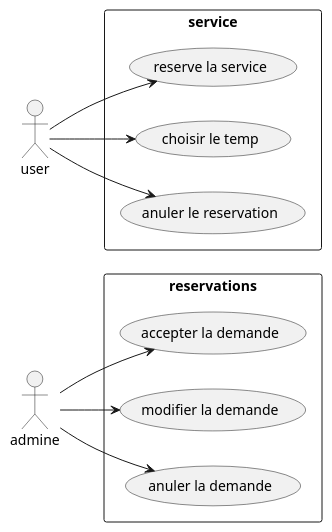
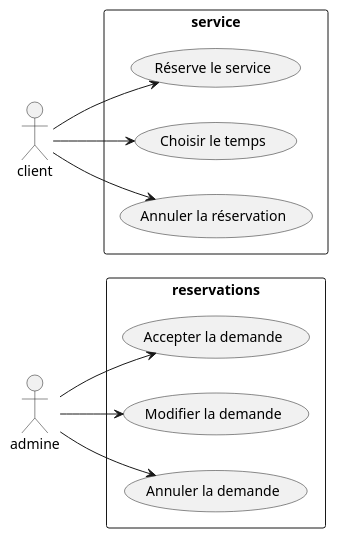
The diagram in analyse/analyse.puml (Aminebennani1/lancement-fil-rouge), drawn with PlantUML before and after one commit.

```diff
--- a/analyse/analyse.puml
+++ b/analyse/analyse.puml
@@ -1,21 +1,21 @@
 @startuml
 left to right direction
 actor "admine" as fc
 rectangle reservations {
-  usecase "accepter la demande" as UC1
-  usecase "modifier la demande" as UC2
-  usecase "anuler la demande" as UC3
+  usecase "Accepter la demande" as UC1
+  usecase "Modifier la demande" as UC2
+  usecase "Annuler la demande" as UC3
 }
-actor "user" as gc
+actor "client" as gc
 rectangle service{
-  usecase "reserve la service" as UC4
-  usecase "choisir le temp" as UC5
-  usecase "anuler le reservation" as UC6
+  usecase "Réserve le service" as UC4
+  usecase "Choisir le temps" as UC5
+  usecase "Annuler la réservation" as UC6
 }
 fc --> UC1
 fc --> UC2
 fc --> UC3
 gc --> UC4
 gc --> UC5
 gc --> UC6
 @enduml
```
